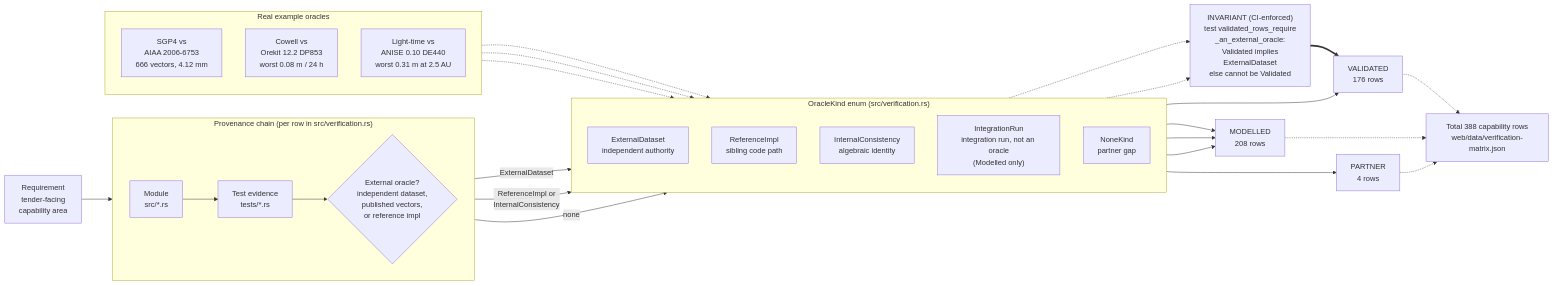
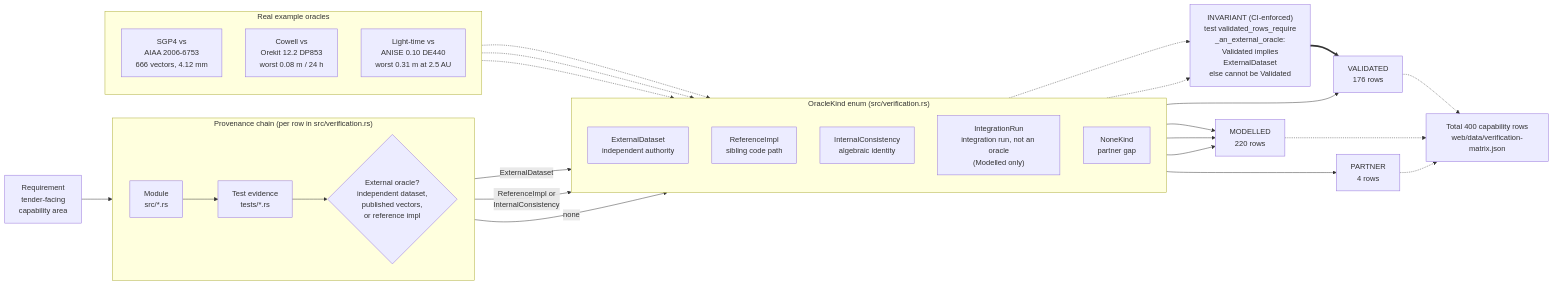
The diagram in docs/diagrams/validation-provenance.mmd (ashfordeOU/kshana), drawn with Mermaid before and after one commit. The commit also changed 17 other files, not shown here.

Commit message:
0.40 count surfaces: README family, docs and diagrams at 400 rows (176/220/4) and 92 kinds

```diff
--- a/docs/diagrams/validation-provenance.mmd
+++ b/docs/diagrams/validation-provenance.mmd
@@ -1,51 +1,51 @@
 flowchart LR
     REQ["Requirement<br/>tender-facing<br/>capability area"]
 
     subgraph CHAIN["Provenance chain (per row in src/verification.rs)"]
         direction LR
         MOD["Module<br/>src/*.rs"]
         TST["Test evidence<br/>tests/*.rs"]
         ORA{"External oracle?<br/>independent dataset,<br/>published vectors,<br/>or reference impl"}
     end
 
     REQ --> MOD --> TST --> ORA
 
     subgraph KINDS["OracleKind enum (src/verification.rs)"]
         direction TD
         EXT["ExternalDataset<br/>independent authority"]
         REF["ReferenceImpl<br/>sibling code path"]
         INT["InternalConsistency<br/>algebraic identity"]
         IRN["IntegrationRun<br/>integration run, not an oracle<br/>(Modelled only)"]
         NON["NoneKind<br/>partner gap"]
     end
 
     ORA -->|ExternalDataset| EXT
     ORA -->|"ReferenceImpl or<br/>InternalConsistency"| INT
     ORA -->|none| NON
 
     GUARD["INVARIANT (CI-enforced)<br/>test validated_rows_require<br/>_an_external_oracle:<br/>Validated implies<br/>ExternalDataset<br/>else cannot be Validated"]
     EXT -.-> GUARD
     INT -.-> GUARD
 
     EXT --> VAL["VALIDATED<br/>176 rows"]
-    REF --> MDL["MODELLED<br/>208 rows"]
+    REF --> MDL["MODELLED<br/>220 rows"]
     INT --> MDL
     IRN --> MDL
     NON --> PRT["PARTNER<br/>4 rows"]
     GUARD ==> VAL
 
     subgraph EX["Real example oracles"]
         direction TD
         E1["SGP4 vs<br/>AIAA 2006-6753<br/>666 vectors, 4.12 mm"]
         E2["Cowell vs<br/>Orekit 12.2 DP853<br/>worst 0.08 m / 24 h"]
         E3["Light-time vs<br/>ANISE 0.10 DE440<br/>worst 0.31 m at 2.5 AU"]
     end
 
     E1 -.-> EXT
     E2 -.-> EXT
     E3 -.-> EXT
 
-    TOTAL["Total 388 capability rows<br/>web/data/verification-matrix.json"]
+    TOTAL["Total 400 capability rows<br/>web/data/verification-matrix.json"]
     VAL -.-> TOTAL
     MDL -.-> TOTAL
     PRT -.-> TOTAL
```
